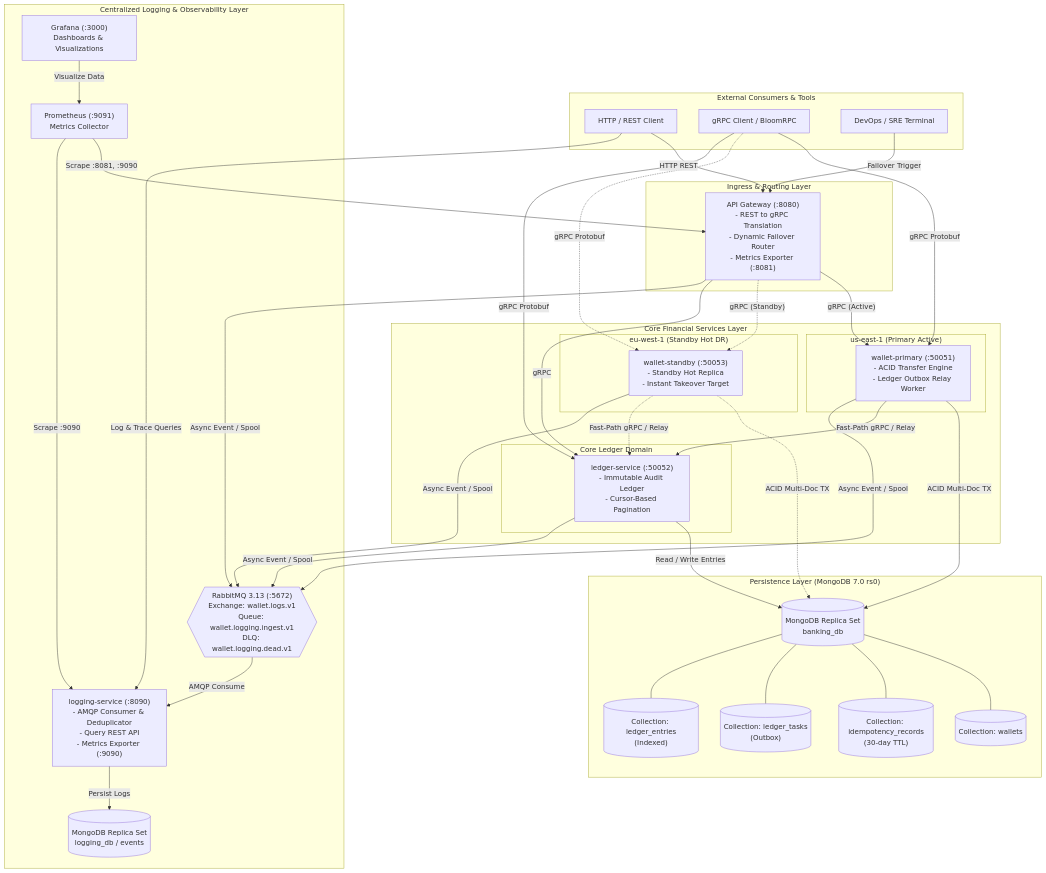
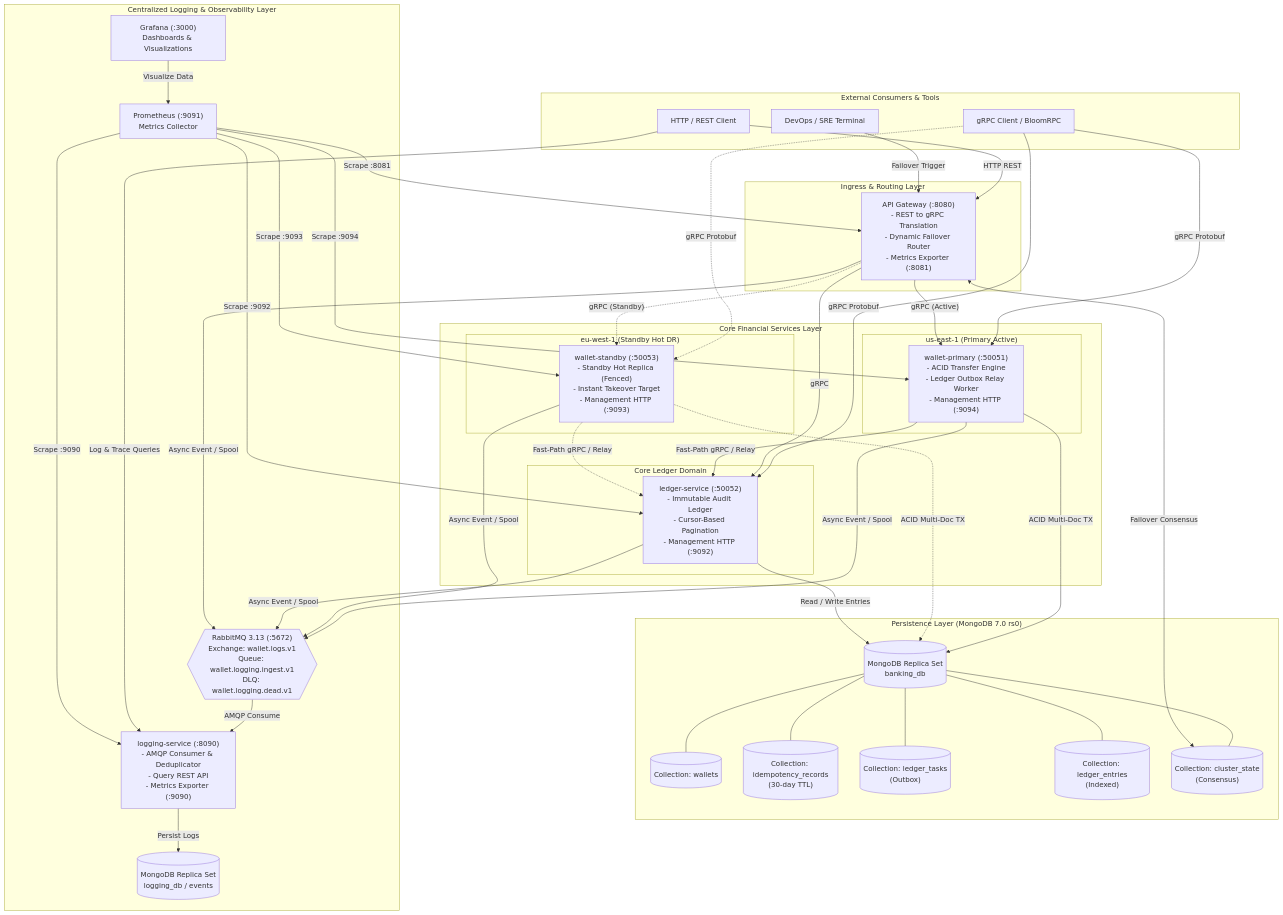
Before and after one commit to bkojha74/global-wallet-microservices: the first of 6 diagrams in README.md, drawn with Mermaid. The commit also changed other lines of this file and 23 other files, not shown here.

````diff
--- a/README.md
+++ b/README.md
@@ -122,73 +122,79 @@
 ```mermaid
 flowchart TB
     subgraph Clients["External Consumers & Tools"]
         REST[HTTP / REST Client]
         RPC[gRPC Client / BloomRPC]
         Ops[DevOps / SRE Terminal]
     end
 
     subgraph Ingress["Ingress & Routing Layer"]
         GW["API Gateway (:8080)<br/>- REST to gRPC Translation<br/>- Dynamic Failover Router<br/>- Metrics Exporter (:8081)"]
     end
 
     subgraph CoreServices["Core Financial Services Layer"]
         subgraph PrimaryRegion["us-east-1 (Primary Active)"]
-            WP["wallet-primary (:50051)<br/>- ACID Transfer Engine<br/>- Ledger Outbox Relay Worker"]
+            WP["wallet-primary (:50051)<br/>- ACID Transfer Engine<br/>- Ledger Outbox Relay Worker<br/>- Management HTTP (:9094)"]
         end
         subgraph StandbyRegion["eu-west-1 (Standby Hot DR)"]
-            WS["wallet-standby (:50053)<br/>- Standby Hot Replica<br/>- Instant Takeover Target"]
+            WS["wallet-standby (:50053)<br/>- Standby Hot Replica (Fenced)<br/>- Instant Takeover Target<br/>- Management HTTP (:9093)"]
         end
         subgraph CoreLedger["Core Ledger Domain"]
-            LS["ledger-service (:50052)<br/>- Immutable Audit Ledger<br/>- Cursor-Based Pagination"]
+            LS["ledger-service (:50052)<br/>- Immutable Audit Ledger<br/>- Cursor-Based Pagination<br/>- Management HTTP (:9092)"]
         end
     end
 
     subgraph Persistence["Persistence Layer (MongoDB 7.0 rs0)"]
         MDB[("MongoDB Replica Set<br/>banking_db")]
         MDB_W[("Collection: wallets")]
         MDB_I[("Collection: idempotency_records<br/>(30-day TTL)")]
         MDB_O[("Collection: ledger_tasks<br/>(Outbox)")]
         MDB_L[("Collection: ledger_entries<br/>(Indexed)")]
+        MDB_C[("Collection: cluster_state<br/>(Consensus)")]
         MDB --- MDB_W
         MDB --- MDB_I
         MDB --- MDB_O
         MDB --- MDB_L
+        MDB --- MDB_C
     end
 
     subgraph ObservabilityLayer["Centralized Logging & Observability Layer"]
         RMQ{{"RabbitMQ 3.13 (:5672)<br/>Exchange: wallet.logs.v1<br/>Queue: wallet.logging.ingest.v1<br/>DLQ: wallet.logging.dead.v1"}}
         LOG_SVC["logging-service (:8090)<br/>- AMQP Consumer & Deduplicator<br/>- Query REST API<br/>- Metrics Exporter (:9090)"]
         LOG_DB[("MongoDB Replica Set<br/>logging_db / events")]
         PROM["Prometheus (:9091)<br/>Metrics Collector"]
         GRAF["Grafana (:3000)<br/>Dashboards & Visualizations"]
     end
 
     REST -->|"HTTP REST"| GW
     RPC -->|"gRPC Protobuf"| WP
     RPC -.->|"gRPC Protobuf"| WS
     RPC -->|"gRPC Protobuf"| LS
     Ops -->|"Failover Trigger"| GW
 
     GW -->|"gRPC (Active)"| WP
     GW -.->|"gRPC (Standby)"| WS
     GW -->|"gRPC"| LS
+    GW <-->|"Failover Consensus"| MDB_C
 
     WP -->|"ACID Multi-Doc TX"| MDB
     WS -.->|"ACID Multi-Doc TX"| MDB
     WP -->|"Fast-Path gRPC / Relay"| LS
     WS -.->|"Fast-Path gRPC / Relay"| LS
     LS -->|"Read / Write Entries"| MDB
 
     WP -->|"Async Event / Spool"| RMQ
     WS -->|"Async Event / Spool"| RMQ
     LS -->|"Async Event / Spool"| RMQ
     GW -->|"Async Event / Spool"| RMQ
 
     RMQ -->|"AMQP Consume"| LOG_SVC
     LOG_SVC -->|"Persist Logs"| LOG_DB
     REST -->|"Log & Trace Queries"| LOG_SVC
 
-    PROM -->|"Scrape :8081, :9090"| GW
+    PROM -->|"Scrape :8081"| GW
+    PROM -->|"Scrape :9094"| WP
+    PROM -->|"Scrape :9093"| WS
+    PROM -->|"Scrape :9092"| LS
     PROM -->|"Scrape :9090"| LOG_SVC
     GRAF -->|"Visualize Data"| PROM
 ```
````
